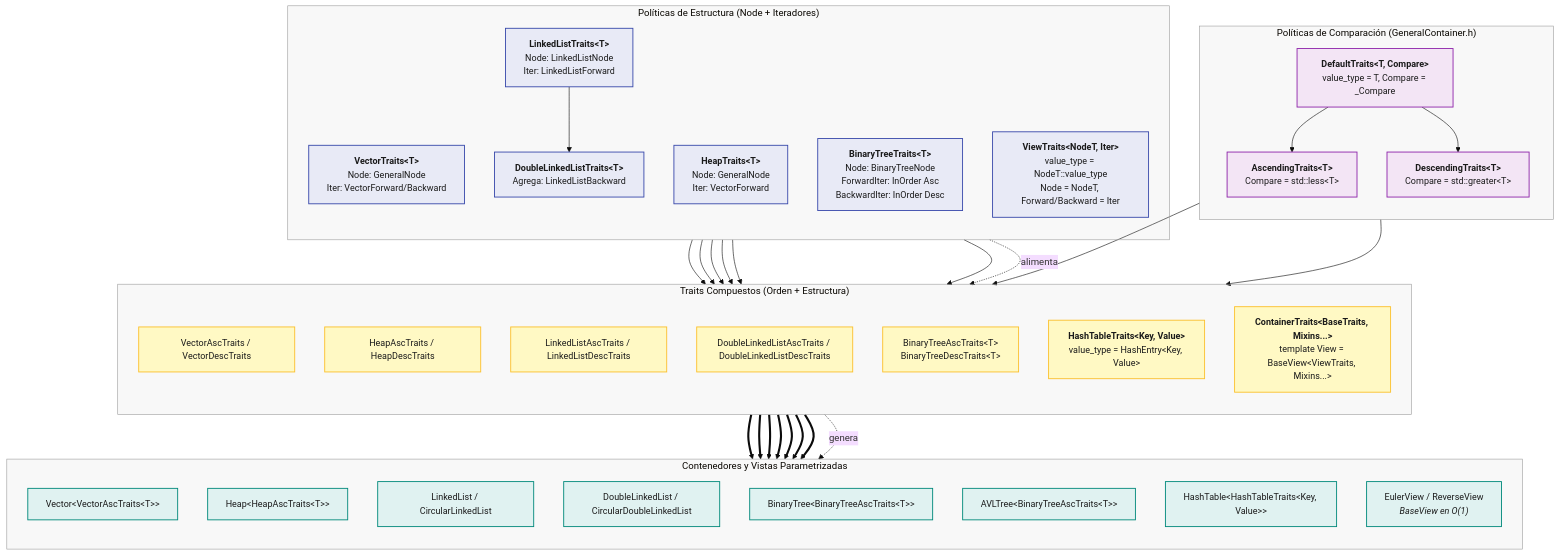
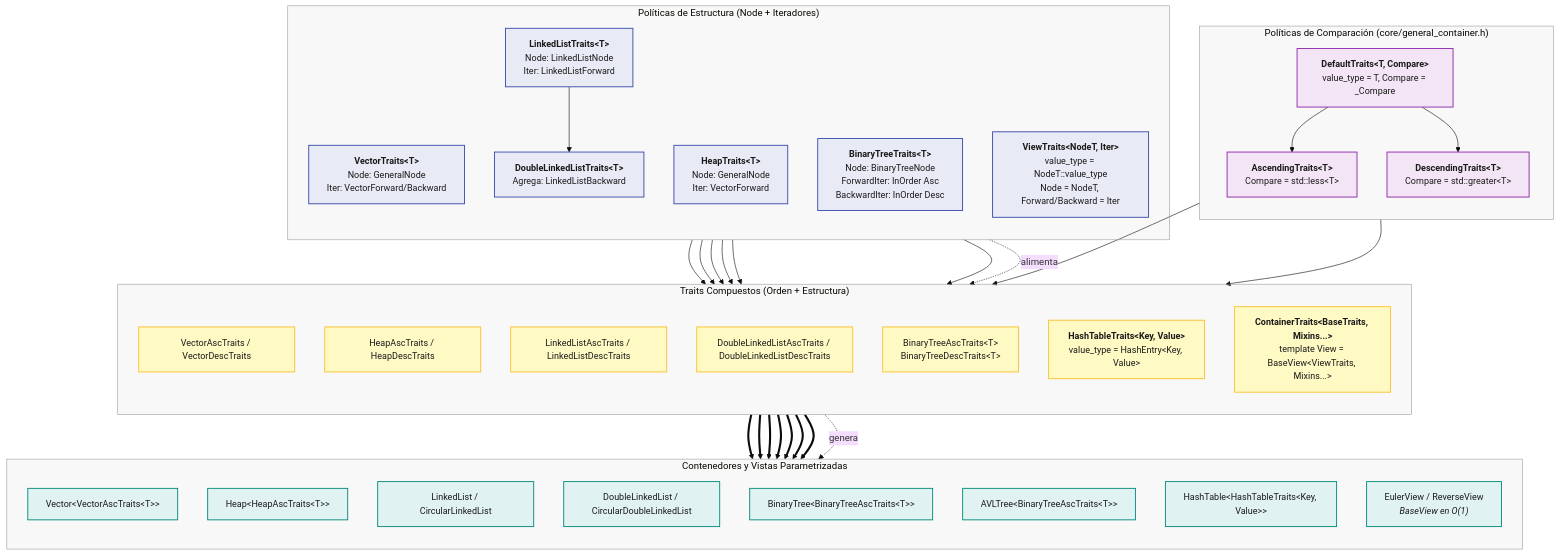
Before and after one commit to AldoLunaBueno/2026-II-CS-UNI-CC0E5-AEDAv: the fourth of 11 diagrams in README.md, drawn with Mermaid (base theme). The commit also changed other lines of this file and 36 other files, not shown here.

Commit message:
refactor: uniformizar estructura y nombres de archivos de código y diagramas

````diff
--- a/README.md
+++ b/README.md
@@ -259,80 +259,80 @@
 ```mermaid
 flowchart TB
-    subgraph ORDEN["Políticas de Comparación (GeneralContainer.h)"]
+    subgraph ORDEN["Políticas de Comparación (core/general_container.h)"]
         direction TB
         DT["<b>DefaultTraits#lt;T, Compare#gt;</b><br/>value_type = T, Compare = _Compare"]
         ASC["<b>AscendingTraits#lt;T#gt;</b><br/>Compare = std::less#lt;T#gt;"]
         DESC["<b>DescendingTraits#lt;T#gt;</b><br/>Compare = std::greater#lt;T#gt;"]
         DT --> ASC
         DT --> DESC
     end
 
     subgraph STRUCT["Políticas de Estructura (Node + Iteradores)"]
         direction TB
         VT["<b>VectorTraits#lt;T#gt;</b><br/>Node: GeneralNode<br/>Iter: VectorForward/Backward"]
         HT["<b>HeapTraits#lt;T#gt;</b><br/>Node: GeneralNode<br/>Iter: VectorForward"]
         LLT["<b>LinkedListTraits#lt;T#gt;</b><br/>Node: LinkedListNode<br/>Iter: LinkedListForward"]
         DLLT["<b>DoubleLinkedListTraits#lt;T#gt;</b><br/>Agrega: LinkedListBackward"]
         BTT["<b>BinaryTreeTraits#lt;T#gt;</b><br/>Node: BinaryTreeNode<br/>ForwardIter: InOrder Asc<br/>BackwardIter: InOrder Desc"]
         VWT["<b>ViewTraits#lt;NodeT, Iter#gt;</b><br/>value_type = NodeT::value_type<br/>Node = NodeT, Forward/Backward = Iter"]
 
         LLT --> DLLT
     end
 
     subgraph COMBINED["Traits Compuestos (Orden + Estructura)"]
         direction TB
         V_TR["VectorAscTraits / VectorDescTraits"]
         H_TR["HeapAscTraits / HeapDescTraits"]
         LL_TR["LinkedListAscTraits / LinkedListDescTraits"]
         DLL_TR["DoubleLinkedListAscTraits / DoubleLinkedListDescTraits"]
         BT_TR["BinaryTreeAscTraits#lt;T#gt;<br/>BinaryTreeDescTraits#lt;T#gt;"]
         HT_TR["<b>HashTableTraits#lt;Key, Value#gt;</b><br/>value_type = HashEntry#lt;Key, Value#gt;"]
         CTR["<b>ContainerTraits#lt;BaseTraits, Mixins...#gt;</b><br/>template View = BaseView#lt;ViewTraits, Mixins...#gt;"]
     end
 
     subgraph USERS["Contenedores y Vistas Parametrizadas"]
         direction TB
         U_V["Vector#lt;VectorAscTraits#lt;T#gt;#gt;"]
         U_H["Heap#lt;HeapAscTraits#lt;T#gt;#gt;"]
         U_LL["LinkedList / CircularLinkedList"]
         U_DLL["DoubleLinkedList / CircularDoubleLinkedList"]
         U_BT["BinaryTree#lt;BinaryTreeAscTraits#lt;T#gt;#gt;"]
         U_AVL["AVLTree#lt;BinaryTreeAscTraits#lt;T#gt;#gt;"]
         U_HT["HashTable#lt;HashTableTraits#lt;Key, Value#gt;#gt;"]
         U_VIEW["EulerView / ReverseView<br/><i>BaseView en O(1)</i>"]
     end
 
     ASC --> COMBINED
     DESC --> COMBINED
     VT --> V_TR
     HT --> H_TR
     LLT --> LL_TR
     DLLT --> DLL_TR
     BTT --> BT_TR
     BTT --> HT_TR
 
     V_TR ==> U_V
     H_TR ==> U_H
     LL_TR ==> U_LL
     DLL_TR ==> U_DLL
     BT_TR ==> U_BT
     BT_TR ==> U_AVL
     HT_TR ==> U_HT
     CTR -. "genera" .-> U_VIEW
     VWT -. "alimenta" .-> CTR
 
     classDef orden fill:#F3E5F5,stroke:#8E24AA,color:#1A1A1A,stroke-width:1.5px,font-size:15px;
     classDef struct fill:#E8EAF6,stroke:#3949AB,color:#1A1A1A,stroke-width:1.5px,font-size:15px;
     classDef comb fill:#FFF9C4,stroke:#FBC02D,color:#1A1A1A,stroke-width:1.5px,font-size:15px;
     classDef user fill:#E0F2F1,stroke:#00897B,color:#1A1A1A,stroke-width:1.5px,font-size:15px;
 
     class DT,ASC,DESC orden
     class VT,HT,LLT,DLLT,BTT,VWT struct
     class V_TR,H_TR,LL_TR,DLL_TR,BT_TR,HT_TR,CTR comb
     class U_V,U_H,U_LL,U_DLL,U_BT,U_AVL,U_HT,U_VIEW user
 
     style ORDEN fill:#8080800F,stroke:#9E9E9E,stroke-width:1px
     style STRUCT fill:#8080800F,stroke:#9E9E9E,stroke-width:1px
     style COMBINED fill:#8080800F,stroke:#9E9E9E,stroke-width:1px
     style USERS fill:#8080800F,stroke:#9E9E9E,stroke-width:1px
 ```
````
